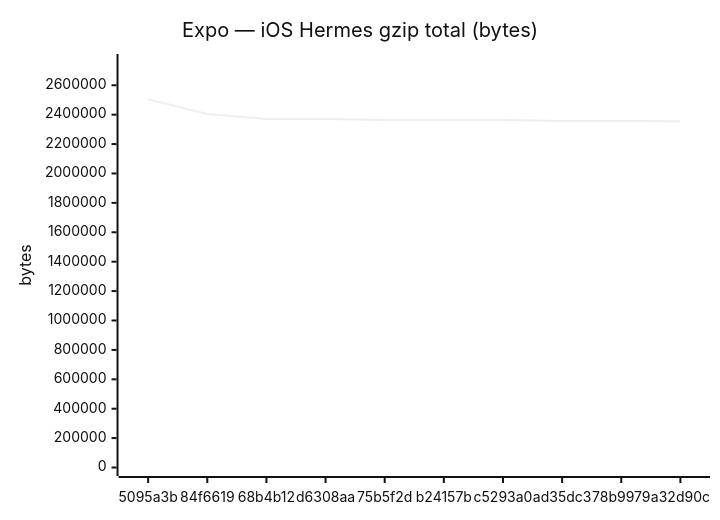
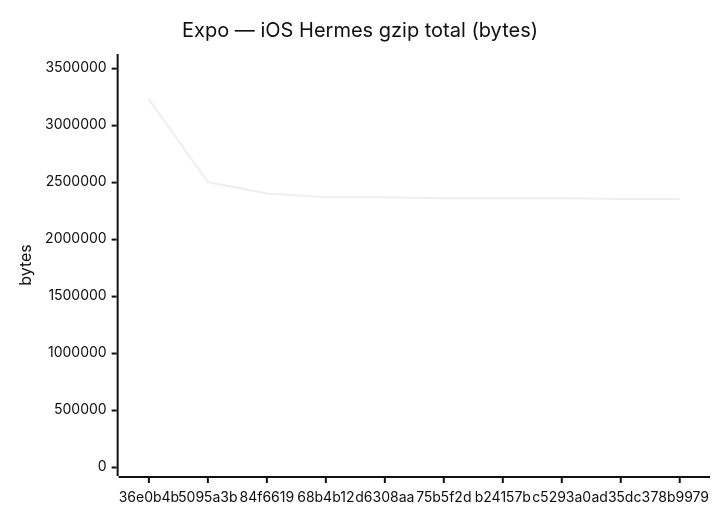
One commit to Metaheurist/Rianell changed the sixth of 18 diagrams in benchmarks/compare.md. Above: the diagram before and after it, drawn with Mermaid (neutral theme). The commit also changed other lines of this file and 11 other files, not shown here.

````diff
--- a/benchmarks/compare.md
+++ b/benchmarks/compare.md
@@ -96,7 +96,7 @@
 ```mermaid
 xychart-beta
     title "Expo — iOS Hermes gzip total (bytes)"
-    x-axis ["5095a3b", "84f6619", "68b4b12", "d6308aa", "75b5f2d", "b24157b", "c5293a0", "ad35dc3", "78b9979", "a32d90c"]
-    y-axis "bytes" 0 --> 2754842
-    line [2504401, 2405024, 2370491, 2370493, 2363429, 2363431, 2363430, 2356086, 2356086, 2356058]
+    x-axis ["36e0b4b", "5095a3b", "84f6619", "68b4b12", "d6308aa", "75b5f2d", "b24157b", "c5293a0", "ad35dc3", "78b9979"]
+    y-axis "bytes" 0 --> 3553784
+    line [3230712, 2504401, 2405024, 2370491, 2370493, 2363429, 2363431, 2363430, 2356086, 2356086]
 ```
````
